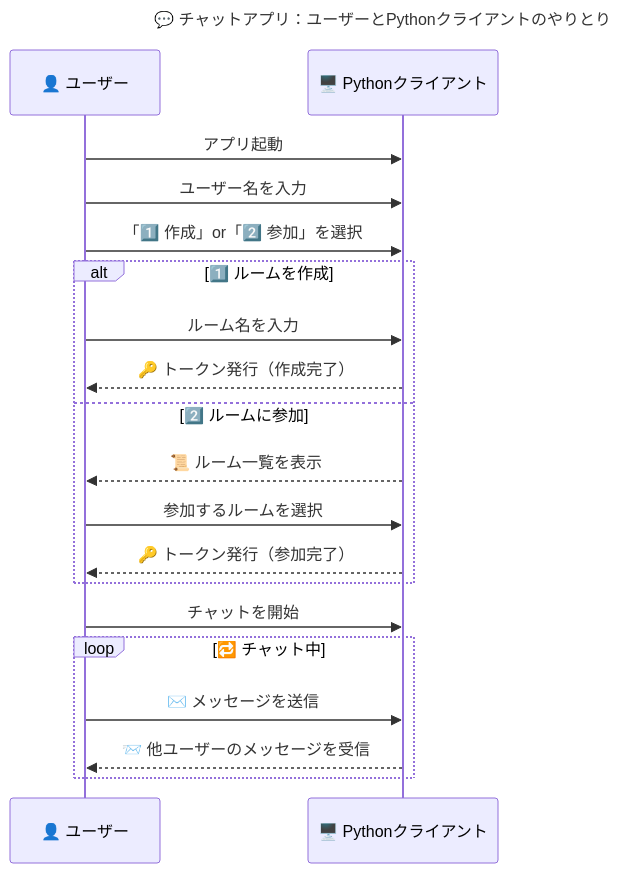
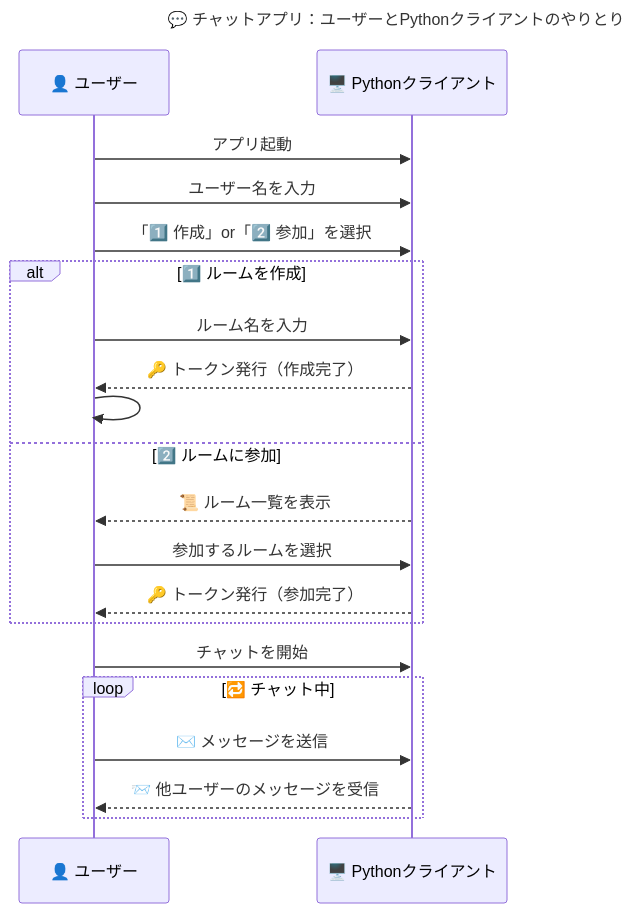
Before and after one commit to BackendExplorer/Tenshin: the first of 3 diagrams in README.md, drawn with Mermaid.

````diff
--- a/README.md
+++ b/README.md
@@ -1,31 +1,36 @@
 ```mermaid
 sequenceDiagram
     title 💬 チャットアプリ：ユーザーとPythonクライアントのやりとり
 
     participant ユーザー as 👤 ユーザー
     participant クライアント as 🖥️ Pythonクライアント
 
     %% === 🚀 起動フェーズ ===
     ユーザー->>クライアント: アプリ起動
     ユーザー->>クライアント: ユーザー名を入力
     ユーザー->>クライアント: 「1️⃣ 作成」or「2️⃣ 参加」を選択
 
     %% === 🏠 ルーム選択フェーズ ===
     alt 1️⃣ ルームを作成
         ユーザー->>クライアント: ルーム名を入力
         クライアント-->>ユーザー: 🔑 トークン発行（作成完了）
+        
+        %% ここで見えないメッセージを挿入して余白を作る
+        ユーザー->>ユーザー:   
+
     else 2️⃣ ルームに参加
         クライアント-->>ユーザー: 📜 ルーム一覧を表示
         ユーザー->>クライアント: 参加するルームを選択
         クライアント-->>ユーザー: 🔑 トークン発行（参加完了）
     end
 
     %% === 💬 チャットフェーズ ===
     ユーザー->>クライアント: チャットを開始
 
     loop 🔁 チャット中
         ユーザー->>クライアント: ✉️ メッセージを送信
         クライアント-->>ユーザー: 📨 他ユーザーのメッセージを受信
     end
 
+
 ```
````
